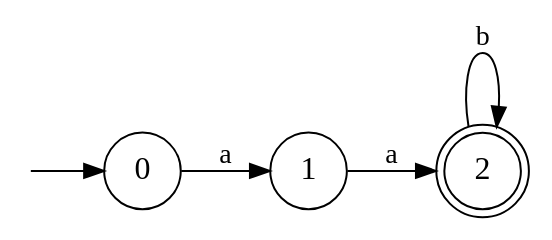
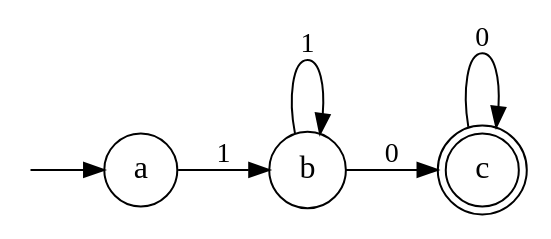
One commit to amowy/automaton changed the diagram in b_4_1.dot. Above: the diagram before and after it, drawn with Graphviz. The commit also changed 2 other files, not shown here.

```diff
--- a/b_4_1.dot
+++ b/b_4_1.dot
@@ -1,16 +1,17 @@
 digraph G {
     ranksep=0.5;
     nodesep=0.5;
     rankdir=LR;
     node [shape="circle", fontsize="16"];
     fontsize="10";
     compound=true;
 
-    i0 [shape=point, style=invis];
-    2 [shape=doublecircle];
+    ia [shape=point, style=invis];
+    c [shape=doublecircle];
 
-    i0 -> 0;
-    1 -> 2 [label="a"];
-    2 -> 2 [label="b"];
-    0 -> 1 [label="a"];
+    ia -> a;
+    b -> c [label="0"];
+    a -> b [label="1"];
+    b -> b [label="1"];
+    c -> c [label="0"];
 }
```
